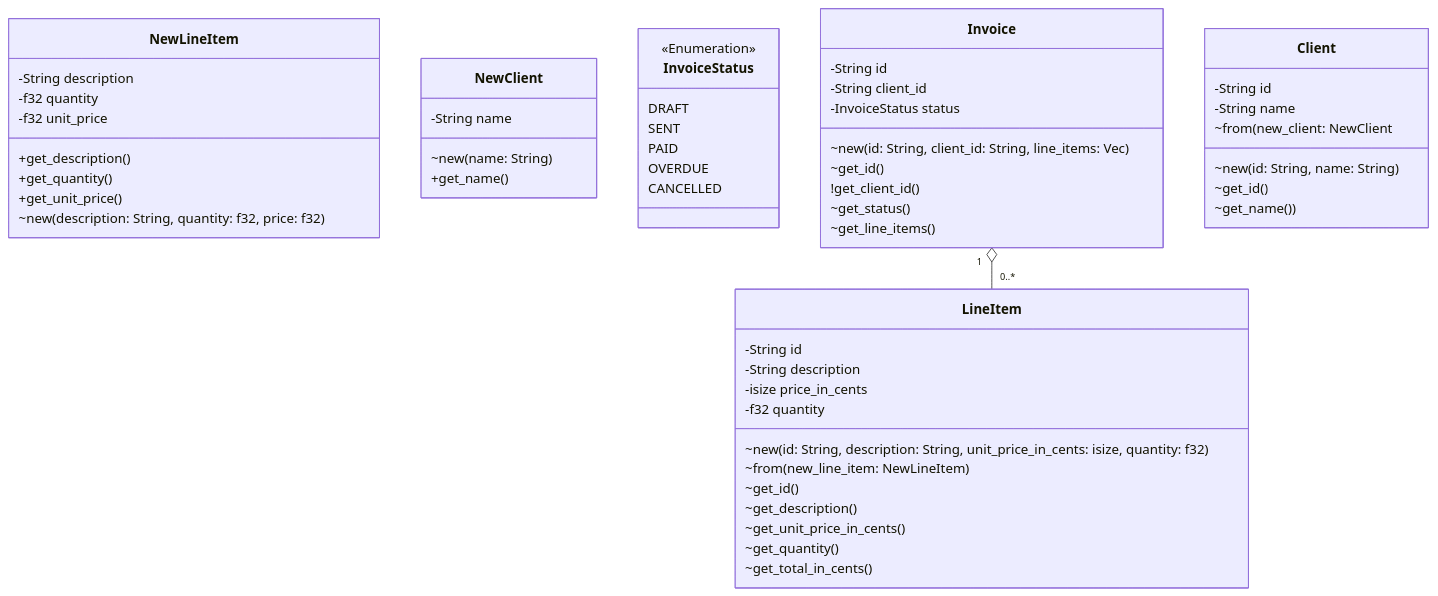
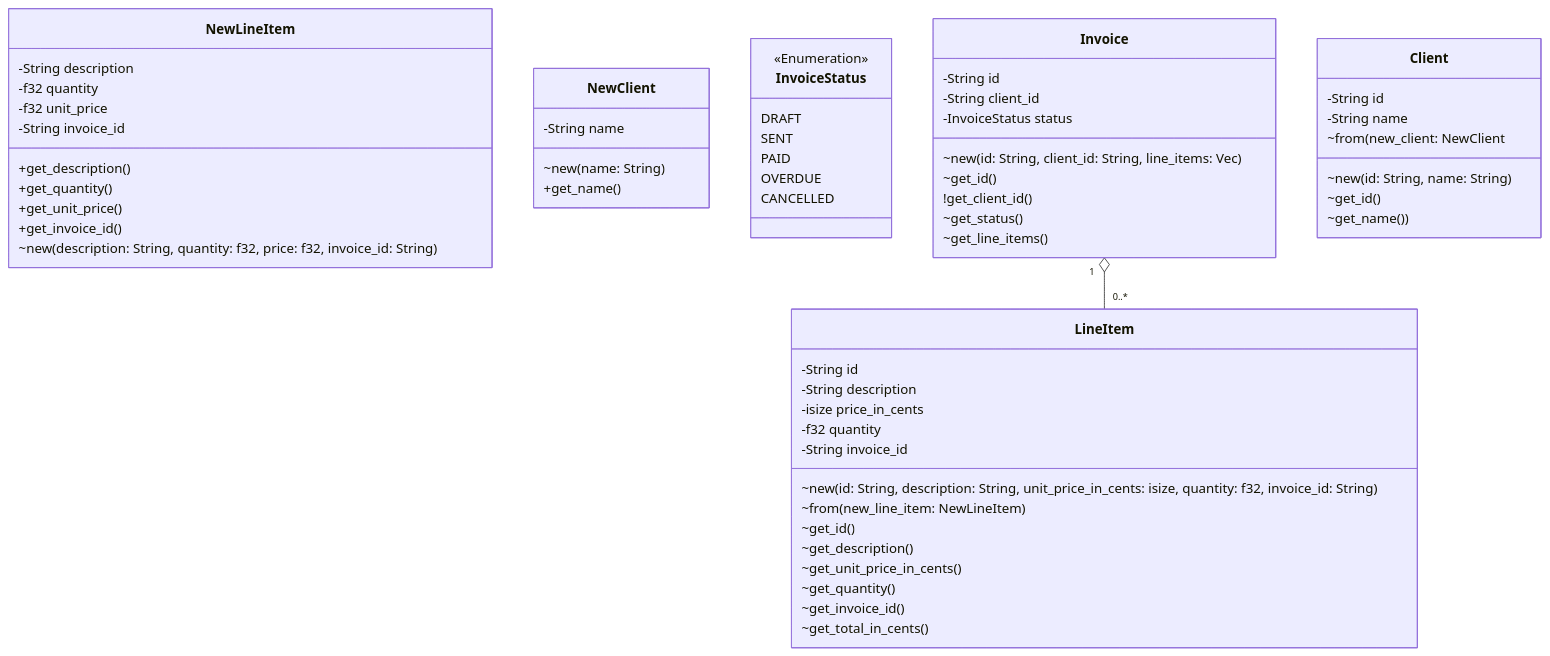
Before and after one commit to imcnaugh/finance_tracker: the diagram in src/model/README.md, drawn with Mermaid. The commit also changed 9 other files, not shown here.

````diff
--- a/src/model/README.md
+++ b/src/model/README.md
@@ -3,71 +3,75 @@
 ```mermaid
 classDiagram
     
     class NewLineItem{
         -String description
         -f32 quantity
         -f32 unit_price
+        -String invoice_id
         
         +get_description()
         +get_quantity()
         +get_unit_price()
+        +get_invoice_id()
 
-        ~new(description: String, quantity: f32, price: f32)
+        ~new(description: String, quantity: f32, price: f32, invoice_id: String)
     }
     
     class NewClient{
         -String name
         
         ~new(name: String)
         +get_name()
     }
     
     class LineItem{
         -String id
         -String description
         -isize price_in_cents
         -f32 quantity
+        -String invoice_id 
         
-        ~new(id: String, description: String, unit_price_in_cents: isize, quantity: f32)
+        ~new(id: String, description: String, unit_price_in_cents: isize, quantity: f32, invoice_id: String)
         ~from(new_line_item: NewLineItem)
         ~get_id()
         ~get_description()
         ~get_unit_price_in_cents()
         ~get_quantity()
+        ~get_invoice_id()
 
         ~get_total_in_cents()
     }
 
     
     class InvoiceStatus
     <<Enumeration>> InvoiceStatus
     InvoiceStatus : DRAFT
     InvoiceStatus : SENT
     InvoiceStatus : PAID
     InvoiceStatus : OVERDUE
     InvoiceStatus : CANCELLED
     
     class Invoice {
         -String id
         -String client_id
         -InvoiceStatus status
         
         ~new(id: String, client_id: String, line_items: Vec<LineItem>)
         ~get_id()
         !get_client_id()
         ~get_status()
         ~get_line_items()
     }
     
     class Client {
         -String id
         -String name
 
         ~from(new_client: NewClient
         ~new(id: String, name: String)
         ~get_id()
         ~get_name())
     }
     
     Invoice "1" o-- "0..*" LineItem
 ```
````
